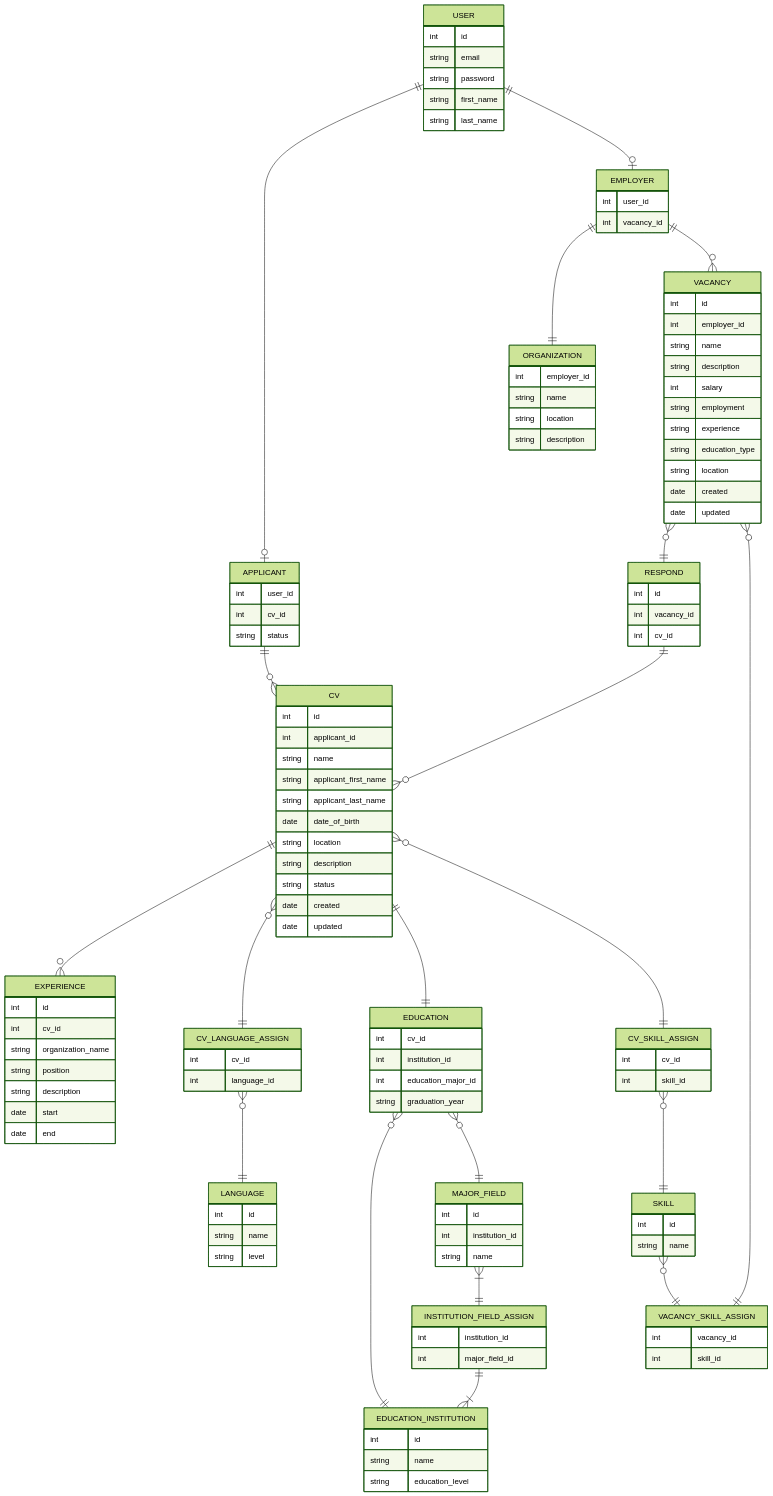
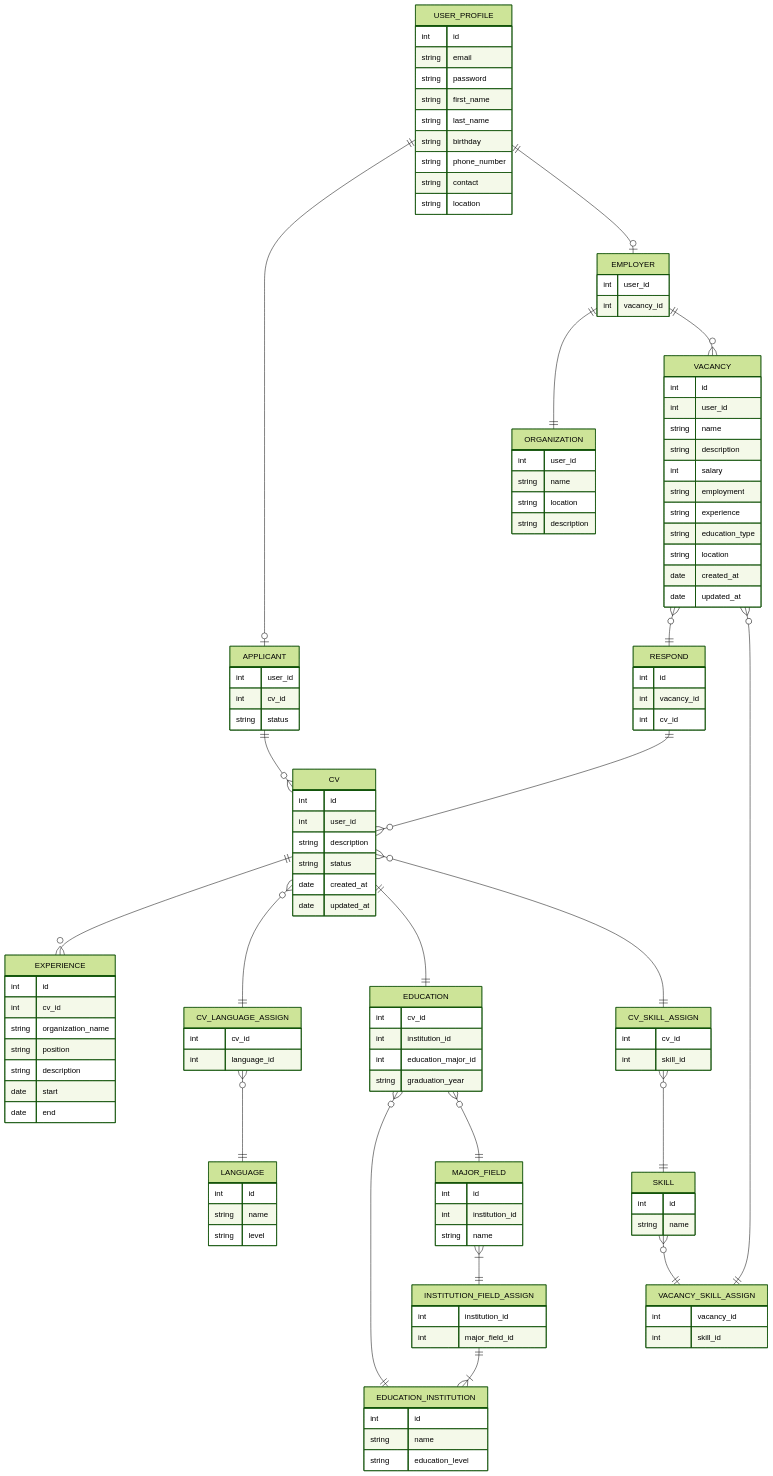
One commit to go-park-mail-ru/2023_2_VIVE changed the diagram in db/normalized/relations.md. Above: the diagram before and after it, drawn with Mermaid (forest theme). The commit also changed other lines of this file, not shown here.

Commit message:
VIVE-58: Изменить название таблицы USER на USER_PROFILE, убрать повторяющуюся информацию из CV

````diff
--- a/db/normalized/relations.md
+++ b/db/normalized/relations.md
@@ -7,13 +7,16 @@
 ```mermaid
 erDiagram
-    USER {
+    USER_PROFILE {
         int id
         string email
         string password
         string first_name
         string last_name
+        string birthday
+        string phone_number
+        string contact
+        string location
     }
-
 
     EMPLOYER {
         int user_id
@@ -28,16 +31,11 @@
 
     CV{
         int id
-        int applicant_id
-        string name
-        string applicant_first_name
-        string applicant_last_name
-        date date_of_birth
-        string location
+        int user_id
         string description
         string status
-        date created
-        date updated
+        date created_at
+        date updated_at
     }
 
     EXPERIENCE {
@@ -102,7 +100,7 @@
 
     VACANCY{
         int id
-        int employer_id
+        int user_id
         string name
         string description
         int salary
@@ -110,8 +108,8 @@
         string experience
         string education_type
         string location
-        date created
-        date updated
+        date created_at
+        date updated_at
     }
 
     RESPOND {
@@ -121,15 +119,15 @@
     }
 
     ORGANIZATION{
-        int employer_id
+        int user_id
         string name
         string location
         string description
     }
 
     EMPLOYER ||--|| ORGANIZATION : ""
-    USER ||--o| APPLICANT : ""
-    USER ||--o| EMPLOYER : ""
+    USER_PROFILE ||--o| APPLICANT : ""
+    USER_PROFILE ||--o| EMPLOYER : ""
     APPLICANT ||--o{ CV : ""
 
     CV ||--o{ EXPERIENCE : ""
````
